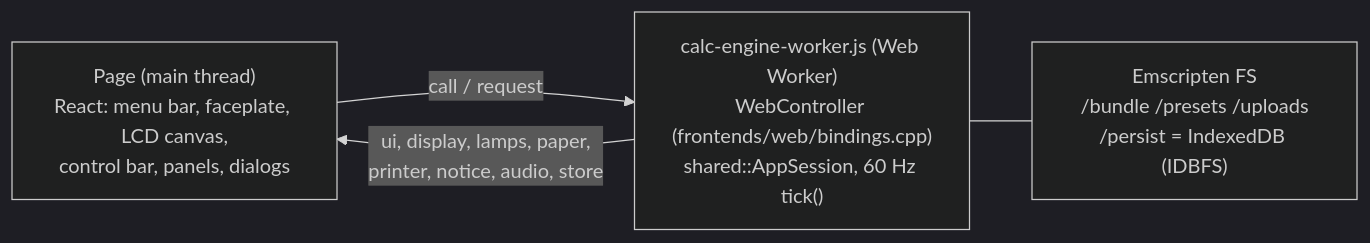
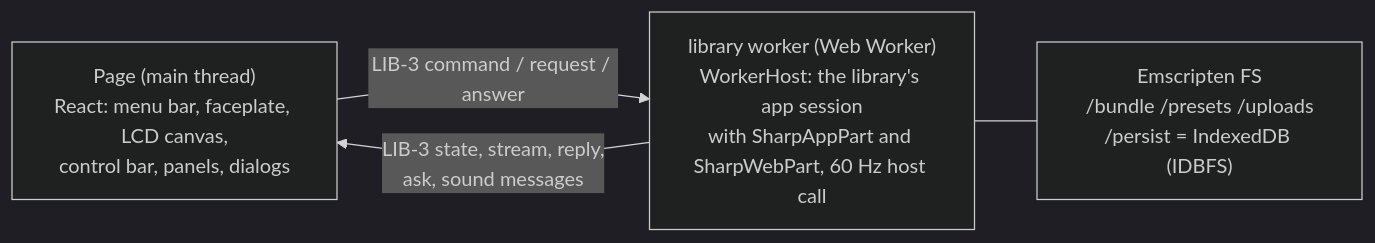
The diagram in products/calc-u-1600/docs/developer/Web-Client.md (tinue/calc-u), drawn with Mermaid (dark theme) before and after one commit. The commit also changed other lines of this file and 23 other files, not shown here.

````diff
--- a/products/calc-u-1600/docs/developer/Web-Client.md
+++ b/products/calc-u-1600/docs/developer/Web-Client.md
@@ -19,9 +19,9 @@
 ```mermaid
 flowchart LR
     Page["Page (main thread)<br/>React: menu bar, faceplate, LCD canvas,<br/>control bar, panels, dialogs"]
-    Worker["calc-engine-worker.js (Web Worker)<br/>WebController (frontends/web/bindings.cpp)<br/>shared::AppSession, 60 Hz tick()"]
+    Worker["library worker (Web Worker)<br/>WorkerHost: the library's app session<br/>with SharpAppPart and SharpWebPart, 60 Hz host call"]
     FS["Emscripten FS<br/>/bundle /presets /uploads<br/>/persist = IndexedDB (IDBFS)"]
-    Page -- "call / request" --> Worker
-    Worker -- "ui, display, lamps, paper,<br/>printer, notice, audio, store" --> Page
+    Page -- "LIB-3 command / request / answer" --> Worker
+    Worker -- "LIB-3 state, stream, reply,<br/>ask, sound messages" --> Page
     Worker --- FS
 ```
````
